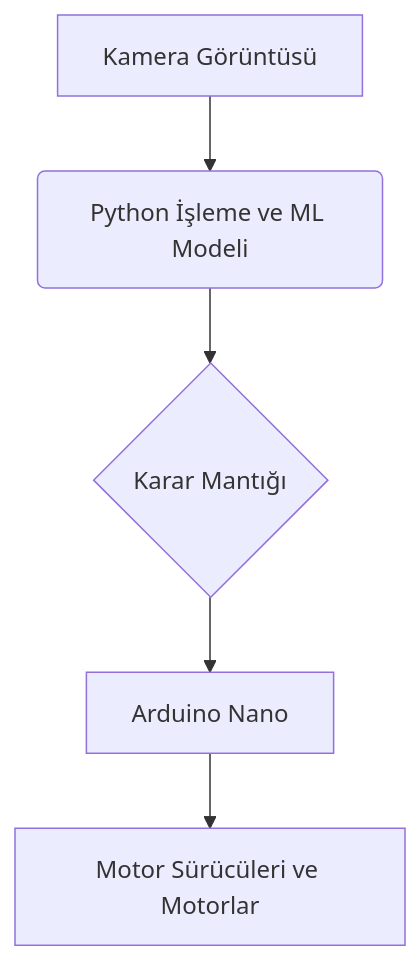
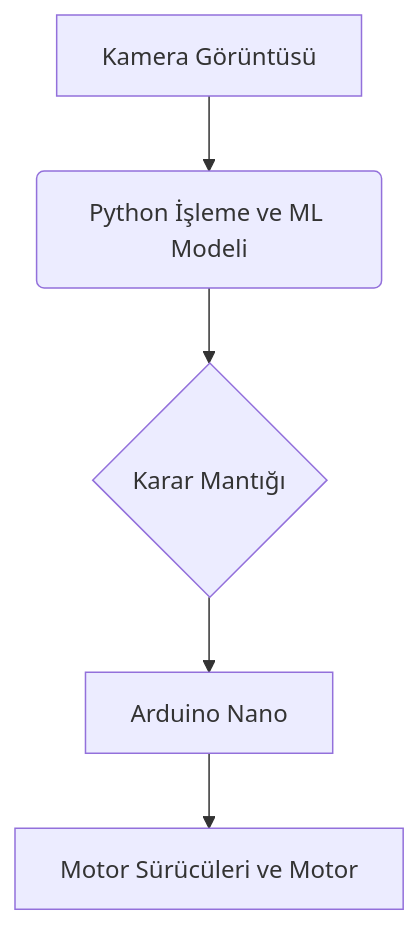
One commit to bugrapergel/otonom-kargo-araci changed the diagram in README.md. Above: the diagram before and after it, drawn with Mermaid.

````diff
--- a/README.md
+++ b/README.md
@@ -28,9 +28,9 @@
 ```mermaid
 graph TD
     A[Kamera Görüntüsü] --> B(Python İşleme ve ML Modeli)
     B --> C{Karar Mantığı}
     C --> D[Arduino Nano]
-    D --> E[Motor Sürücüleri ve Motorlar]
+    D --> E[Motor Sürücüleri ve Motor]
 
 
 ```
````
